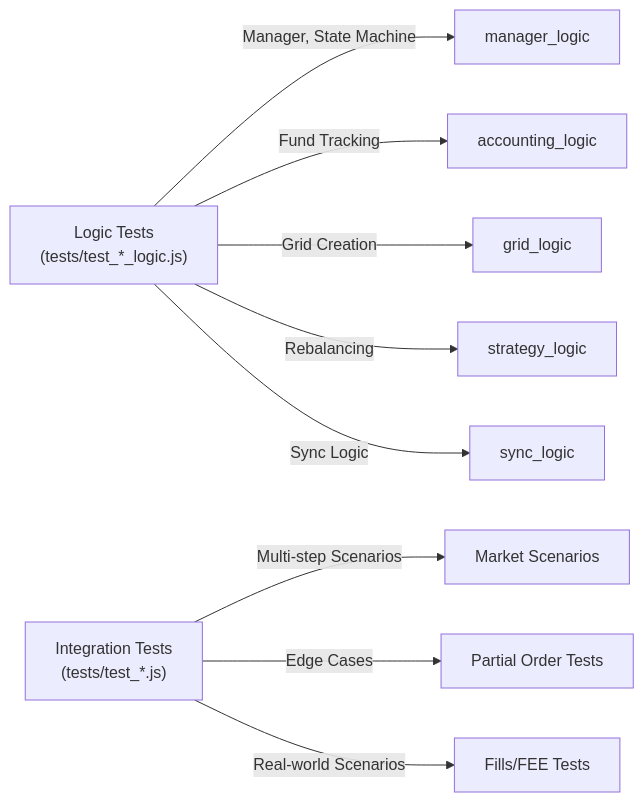
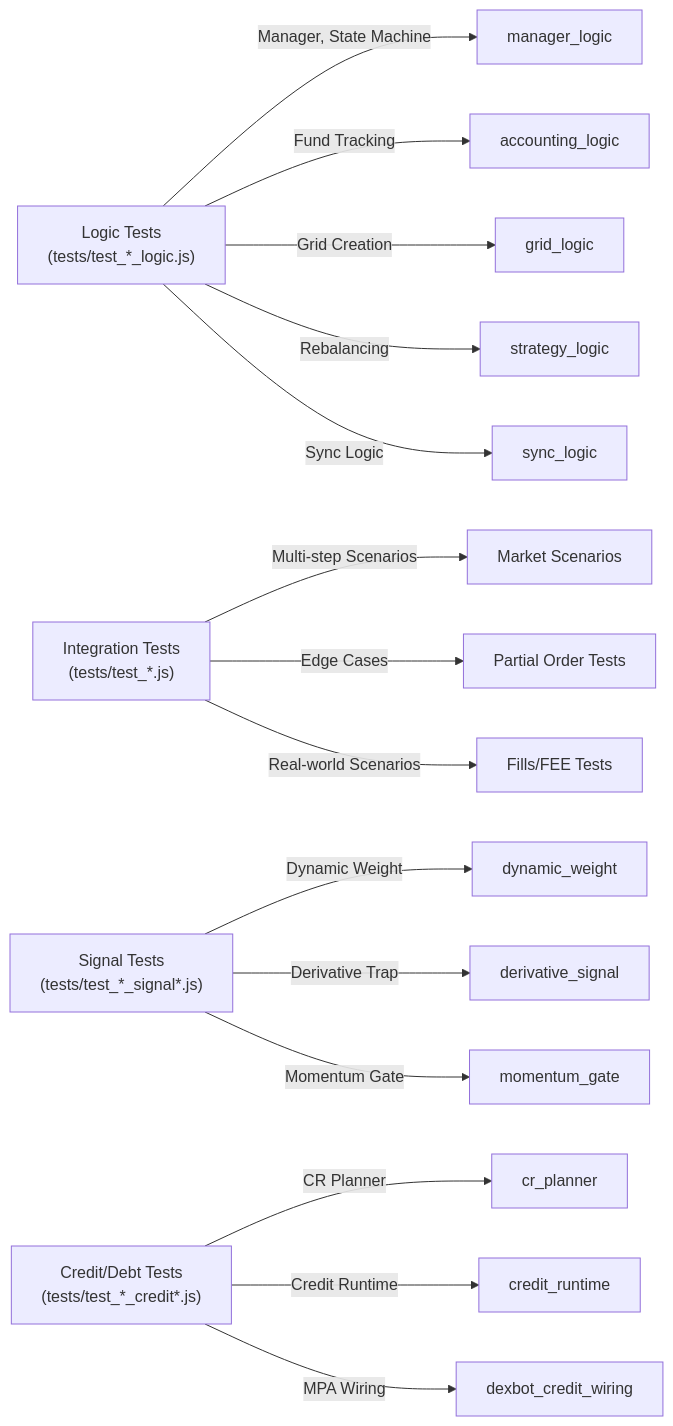
Before and after one commit to technologiespro/DEXBot2: diagram 13 of 13 in docs/architecture.md, drawn with Mermaid. The commit also changed other lines of this file and 8 other files, not shown here.

````diff
--- a/docs/architecture.md
+++ b/docs/architecture.md
@@ -1149,15 +1163,25 @@
 ```mermaid
 graph LR
     A["Logic Tests<br/>(tests/test_*_logic.js)"]
     B["Integration Tests<br/>(tests/test_*.js)"]
+    C["Signal Tests<br/>(tests/test_*_signal*.js)"]
+    D["Credit/Debt Tests<br/>(tests/test_*_credit*.js)"]
 
     A -->|Manager, State Machine| A1["manager_logic"]
     A -->|Fund Tracking| A2["accounting_logic"]
     A -->|Grid Creation| A3["grid_logic"]
     A -->|Rebalancing| A4["strategy_logic"]
     A -->|Sync Logic| A5["sync_logic"]
 
     B -->|Multi-step Scenarios| B1["Market Scenarios"]
     B -->|Edge Cases| B2["Partial Order Tests"]
     B -->|Real-world Scenarios| B3["Fills/FEE Tests"]
+
+    C -->|Dynamic Weight| C1["dynamic_weight"]
+    C -->|Derivative Trap| C2["derivative_signal"]
+    C -->|Momentum Gate| C3["momentum_gate"]
+
+    D -->|CR Planner| D1["cr_planner"]
+    D -->|Credit Runtime| D2["credit_runtime"]
+    D -->|MPA Wiring| D3["dexbot_credit_wiring"]
 ```
````
